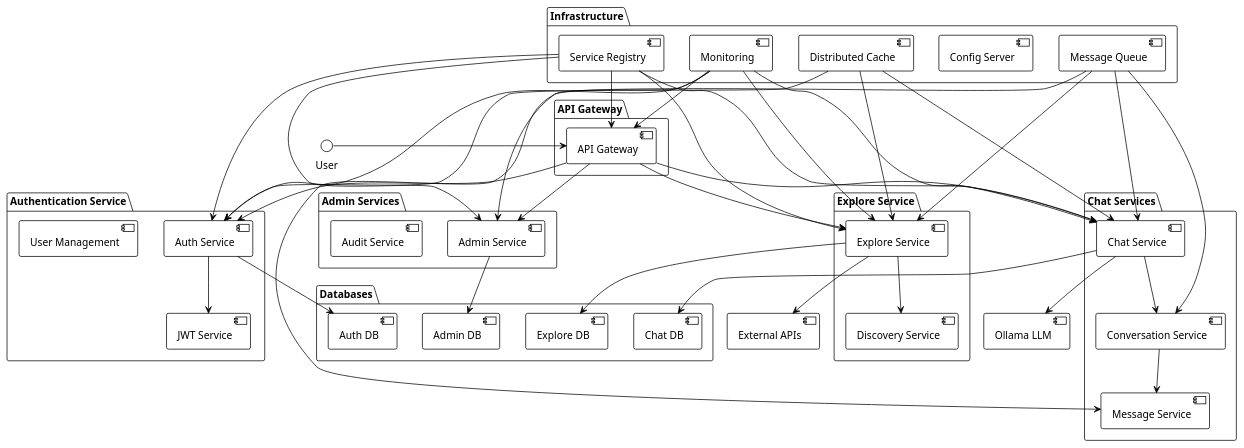
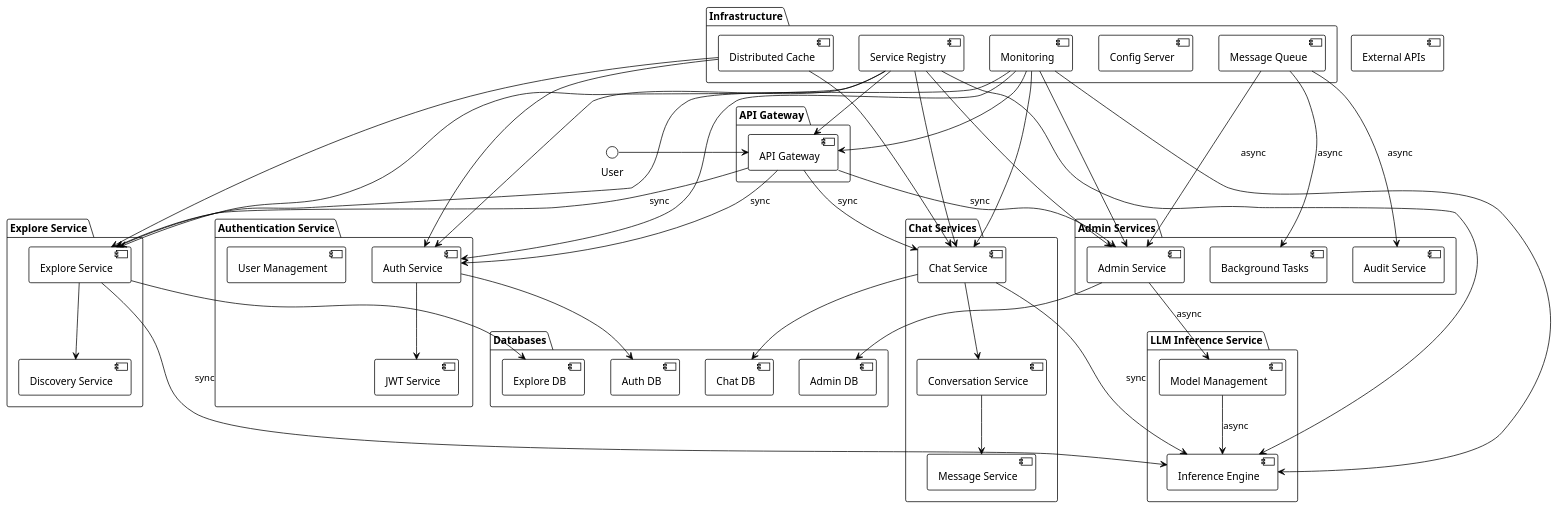
One commit to ollamaNet/OllamaNet-Architecture changed the diagram in Diagrams/HighLevel-MicroservicesUML-v1.puml. Above: the diagram before and after it, drawn with PlantUML. The commit also changed 8 other files, not shown here.

Commit message:
updated memory banck and diagrams

```diff
--- a/Diagrams/HighLevel-MicroservicesUML-v1.puml
+++ b/Diagrams/HighLevel-MicroservicesUML-v1.puml
@@ -1,96 +1,104 @@
 @startuml
 !theme plain
 skinparam componentStyle uml2
 
 package "API Gateway" {
     [API Gateway] as gateway
 }
 
 package "Authentication Service" {
     [Auth Service] as auth
     [JWT Service] as jwt
     [User Management] as user
 }
 
 package "Chat Services" {
     [Chat Service] as chat
     [Conversation Service] as conv
     [Message Service] as msg
 }
 
 package "Explore Service" {
     [Explore Service] as explore
     [Discovery Service] as disc
 }
 
 package "Admin Services" {
     [Admin Service] as admin
     [Audit Service] as audit
+    [Background Tasks] as bgtasks
+}
+
+package "LLM Inference Service" {
+    [Inference Engine] as llm
+    [Model Management] as modelmgmt
 }
 
 package "Infrastructure" {
     [Service Registry] as registry
     [Config Server] as config
     [Message Queue] as mq
     [Distributed Cache] as cache
     [Monitoring] as monitor
 }
 
 package "Databases" {
     [Auth DB] as authdb
     [Chat DB] as chatdb
     [Explore DB] as exploredb
     [Admin DB] as admindb
 }
 
 ' External Systems
-[Ollama LLM] as ollama
 [External APIs] as external
 
-' Connections
+' Direct API Calls (Synchronous)
 User -> gateway
-gateway --> auth
-gateway --> chat
-gateway --> explore
-gateway --> admin
+gateway --> auth : sync
+gateway --> chat : sync
+gateway --> explore : sync
+gateway --> admin : sync
+chat --> llm : sync
+explore --> llm : sync
 
+' Message Queue Connections (Asynchronous)
+mq --> admin : async
+mq --> bgtasks : async
+mq --> audit : async
+admin --> modelmgmt : async
+modelmgmt --> llm : async
+
+' Database Connections
 auth --> authdb
 chat --> chatdb
 explore --> exploredb
 admin --> admindb
 
+' Service Components
 auth --> jwt
 chat --> conv
 conv --> msg
 explore --> disc
 
 ' Service Discovery
 registry --> gateway
 registry --> auth
 registry --> chat
 registry --> explore
 registry --> admin
-
-' Message Queue Connections
-mq --> chat
-mq --> conv
-mq --> msg
-mq --> explore
+registry --> llm
 
 ' Monitoring
 monitor --> gateway
 monitor --> auth
 monitor --> chat
 monitor --> explore
 monitor --> admin
-
-' External Connections
-chat --> ollama
-explore --> external
+monitor --> llm
 
 ' Cache Connections
 cache --> chat
 cache --> explore
 cache --> auth
 
 @enduml
```
